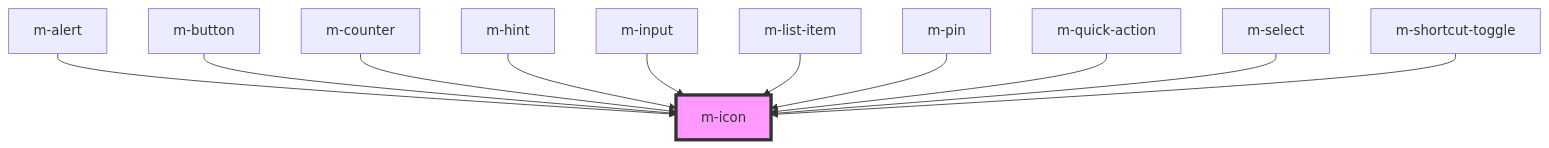
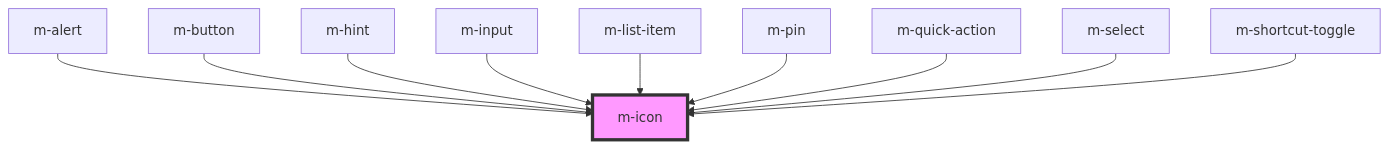
Before and after one commit to dynamic-framework/dynamic-ui: the diagram in libraries/modyo-design-system/src/components/m-icon/readme.md, drawn with Mermaid. The commit also changed other lines of this file and 18 other files, not shown here.

````diff
--- a/libraries/modyo-design-system/src/components/m-icon/readme.md
+++ b/libraries/modyo-design-system/src/components/m-icon/readme.md
@@ -41,14 +40,13 @@
 ```mermaid
 graph TD;
   m-alert --> m-icon
   m-button --> m-icon
-  m-counter --> m-icon
   m-hint --> m-icon
   m-input --> m-icon
   m-list-item --> m-icon
   m-pin --> m-icon
   m-quick-action --> m-icon
   m-select --> m-icon
   m-shortcut-toggle --> m-icon
   style m-icon fill:#f9f,stroke:#333,stroke-width:4px
 ```
````
